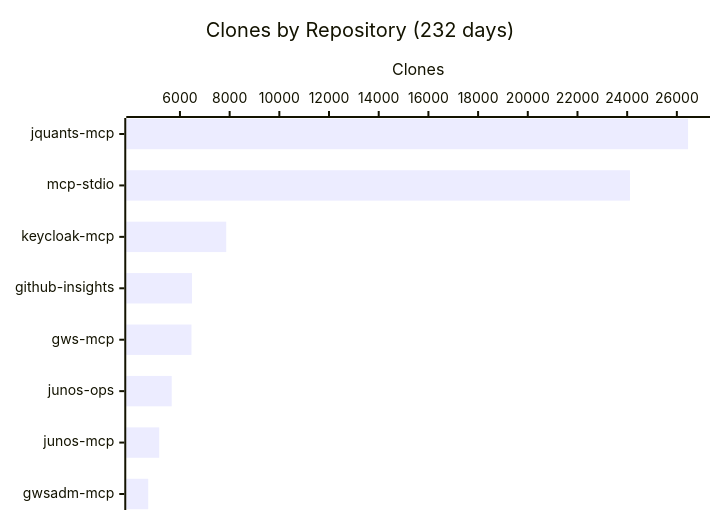
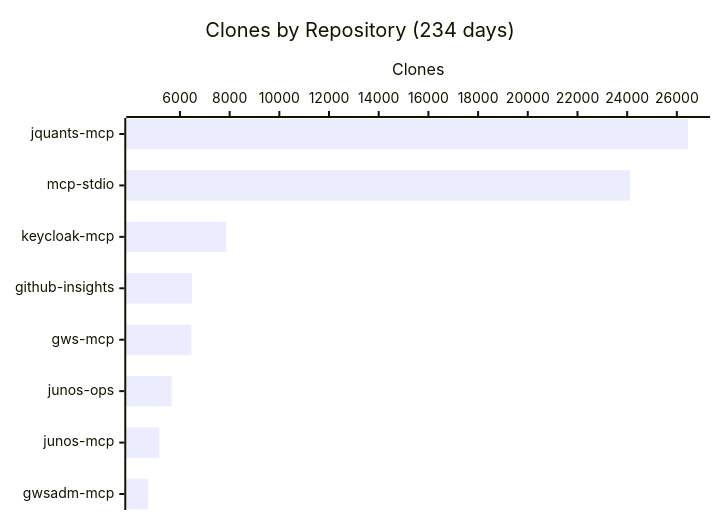
One commit to shigechika/github-insights changed the fourth of 4 diagrams in README.md. Above: the diagram before and after it, drawn with Mermaid. The commit also changed other lines of this file and 1 other file, not shown here.

````diff
--- a/README.md
+++ b/README.md
@@ -58,7 +58,7 @@
 ```mermaid
 xychart-beta horizontal
-    title "Clones by Repository (232 days)"
+    title "Clones by Repository (234 days)"
     x-axis ["jquants-mcp", "mcp-stdio", "keycloak-mcp", "github-insights", "gws-mcp", "junos-ops", "junos-mcp", "gwsadm-mcp"]
     y-axis "Clones"
     bar [26451, 24112, 7863, 6485, 6463, 5668, 5165, 4722]
 ```
````
